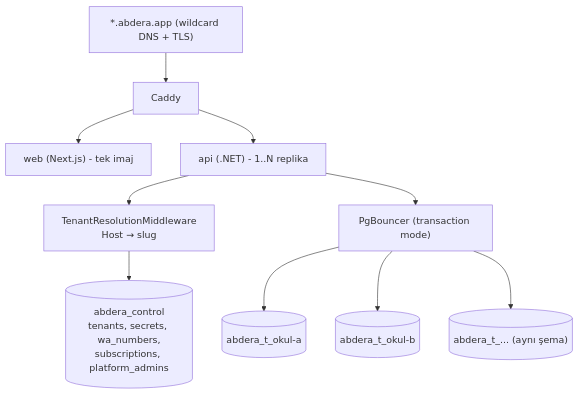
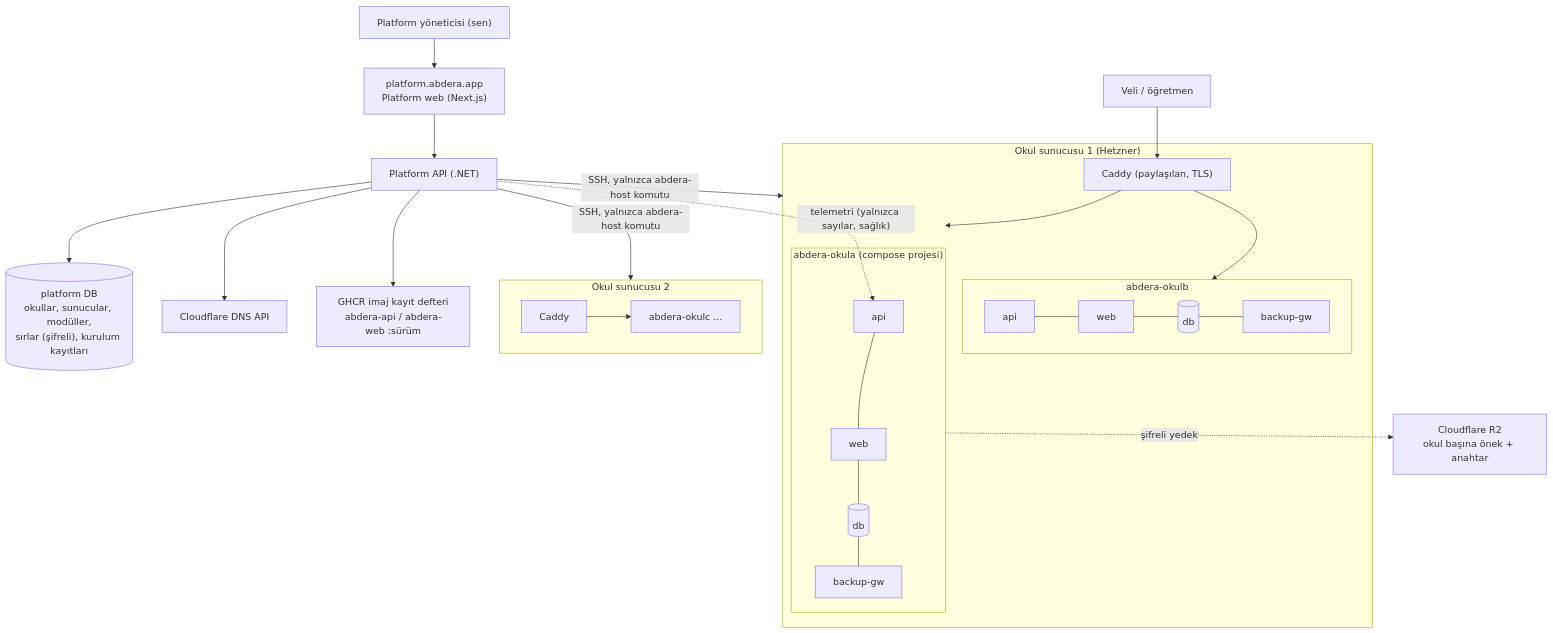
Before and after one commit to mennansevim/abdera: the first of 2 diagrams in docs/multi-tenant/ARCHITECTURE.md, drawn with Mermaid. The commit also changed other lines of this file, not shown here.

First line of the commit message:
docs(arch): okul başına bağımsız kurulum ve platform paneli taslağı

````diff
--- a/docs/multi-tenant/ARCHITECTURE.md
+++ b/docs/multi-tenant/ARCHITECTURE.md
@@ -54,12 +42,29 @@
 ```mermaid
 flowchart TD
-    DNS["*.abdera.app (wildcard DNS + TLS)"] --> Caddy
-    Caddy --> Web["web (Next.js) - tek imaj"]
-    Caddy --> Api["api (.NET) - 1..N replika"]
-    Api --> Resolver["TenantResolutionMiddleware<br/>Host → slug"]
-    Resolver --> Control[("abdera_control<br/>tenants, secrets, wa_numbers,<br/>subscriptions, platform_admins")]
-    Api --> Bouncer["PgBouncer (transaction mode)"]
-    Bouncer --> T1[("abdera_t_okul-a")]
-    Bouncer --> T2[("abdera_t_okul-b")]
-    Bouncer --> TN[("abdera_t_... (aynı şema)")]
+    You["Platform yöneticisi (sen)"] --> PWeb["platform.abdera.app<br/>Platform web (Next.js)"]
+    PWeb --> PApi["Platform API (.NET)"]
+    PApi --> PDb[("platform DB<br/>okullar, sunucular, modüller,<br/>sırlar (şifreli), kurulum kayıtları")]
+    PApi --> CF["Cloudflare DNS API"]
+    PApi --> GHCR["GHCR imaj kayıt defteri<br/>abdera-api / abdera-web :sürüm"]
+    PApi -- "SSH, yalnızca abdera-host komutu" --> H1
+    PApi -- "SSH, yalnızca abdera-host komutu" --> H2
+
+    subgraph H1["Okul sunucusu 1 (Hetzner)"]
+        C1["Caddy (paylaşılan, TLS)"]
+        subgraph S1["abdera-okula (compose projesi)"]
+            A1[api] --- W1[web] --- D1[(db)] --- B1[backup-gw]
+        end
+        subgraph S2["abdera-okulb"]
+            A2[api] --- W2[web] --- D2[(db)] --- B2[backup-gw]
+        end
+        C1 --> S1
+        C1 --> S2
+    end
+    subgraph H2["Okul sunucusu 2"]
+        C2["Caddy"] --> S3["abdera-okulc ..."]
+    end
+
+    S1 -. "şifreli yedek" .-> R2["Cloudflare R2<br/>okul başına önek + anahtar"]
+    PApi -. "telemetri (yalnızca sayılar, sağlık)" .-> A1
+    Parent["Veli / öğretmen"] --> C1
 ```
````
